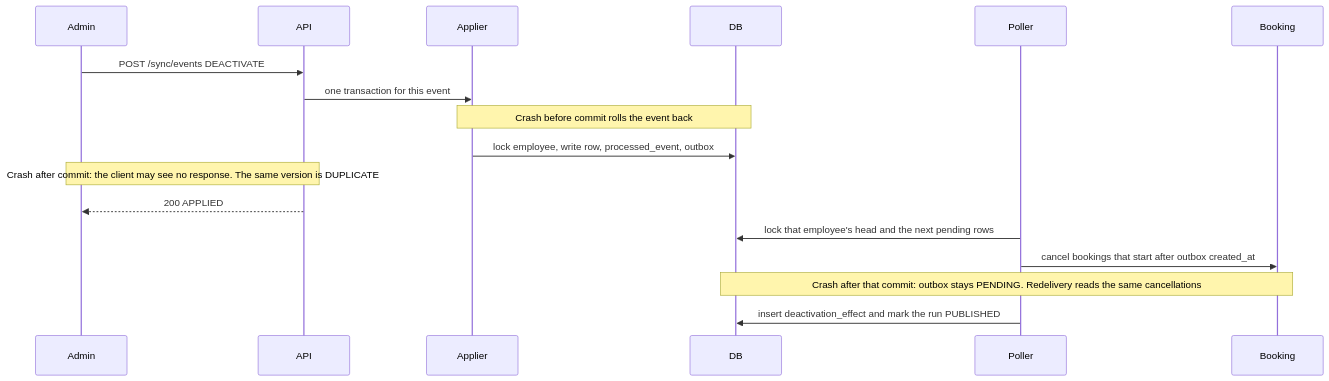
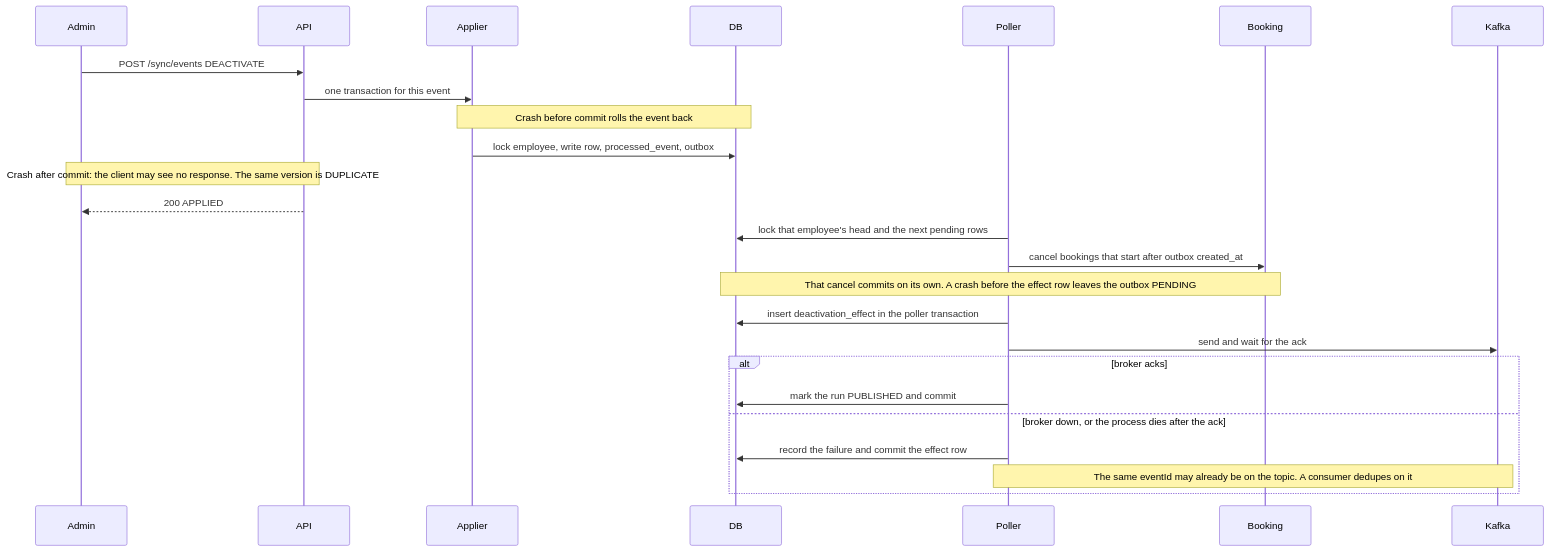
One commit to rishitbajaj/hr-sync changed the second of 3 diagrams in docs/DESIGN.md. Above: the diagram before and after it, drawn with Mermaid. The commit also changed other lines of this file and 5 other files, not shown here.

First line of the commit message:
docs: record Kafka latency, outages, and duplicate delivery

````diff
--- a/docs/DESIGN.md
+++ b/docs/DESIGN.md
@@ -25,19 +26,26 @@
 ```mermaid
 sequenceDiagram
   participant Admin
   participant API
   participant Applier
   participant DB
   participant Poller
   participant Booking
   Admin->>API: POST /sync/events DEACTIVATE
   API->>Applier: one transaction for this event
   Note over Applier,DB: Crash before commit rolls the event back
   Applier->>DB: lock employee, write row, processed_event, outbox
   Note over Admin,API: Crash after commit: the client may see no response. The same version is DUPLICATE
   API-->>Admin: 200 APPLIED
   Poller->>DB: lock that employee's head and the next pending rows
   Poller->>Booking: cancel bookings that start after outbox created_at
-  Note over Booking,DB: Crash after that commit: outbox stays PENDING. Redelivery reads the same cancellations
-  Poller->>DB: insert deactivation_effect and mark the run PUBLISHED
+  Note over Booking,DB: That cancel commits on its own. A crash before the effect row leaves the outbox PENDING
+  Poller->>DB: insert deactivation_effect in the poller transaction
+  Poller->>Kafka: send and wait for the ack
+  alt broker acks
+    Poller->>DB: mark the run PUBLISHED and commit
+  else broker down, or the process dies after the ack
+    Poller->>DB: record the failure and commit the effect row
+    Note over Poller,Kafka: The same eventId may already be on the topic. A consumer dedupes on it
+  end
 ```
````
